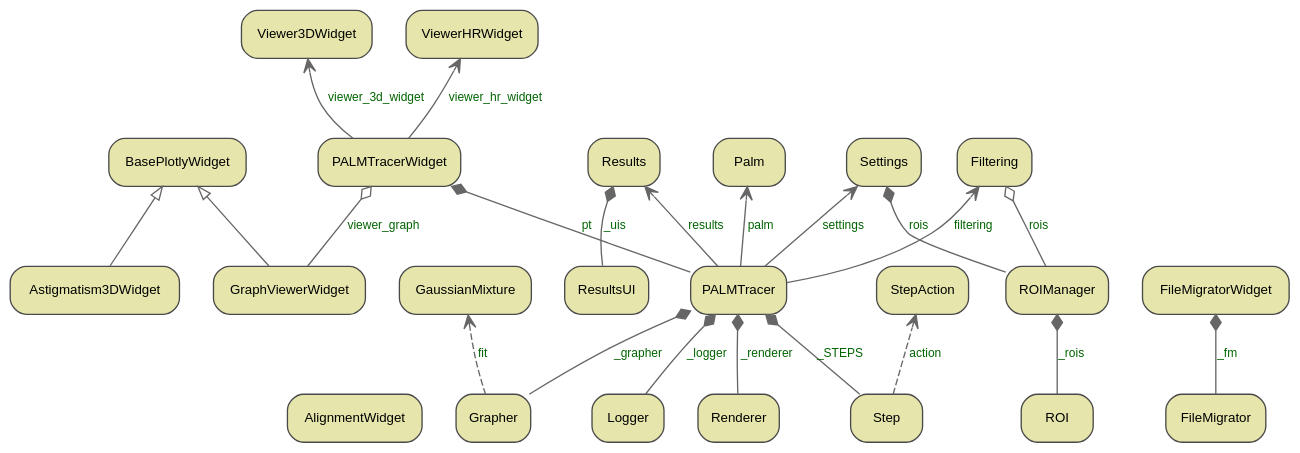
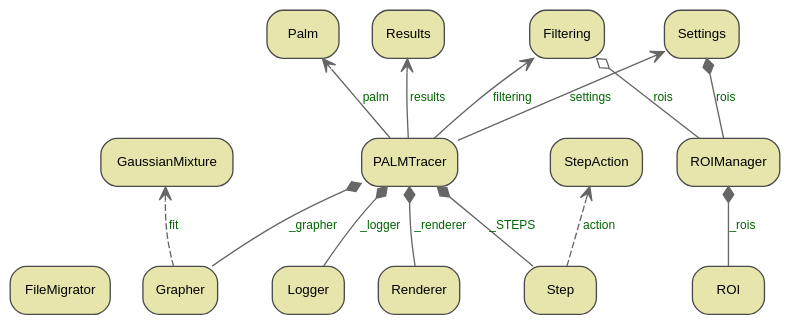
Before and after one commit to tmonseigne/palm-tracer: the diagram in docs/_static/graph/classes_palm_tracer.dot, drawn with Graphviz. The commit also changed 6 other files, not shown here.

Commit message:
:memo: Update Class Diagram

```diff
--- a/docs/_static/graph/classes_palm_tracer.dot
+++ b/docs/_static/graph/classes_palm_tracer.dot
@@ -1,51 +1,34 @@
 digraph "classes_palm_tracer" {
 graph [bgcolor="transparent", nodesep="0.35", pad="0.2", rankdir="BT", ranksep="0.7"];
 node [color="#4a4a4a", fillcolor="#e6e6ac", fontcolor="black", fontname="Helvetica", fontsize="10", shape="box", style="filled,rounded"];
 edge [color="#666666", fontcolor="#006400", fontname="Helvetica", fontsize="9"];
 
-"palm_tracer.UI.AlignmentWidget.AlignmentWidget" [label="AlignmentWidget"];
-"palm_tracer.UI.Astigmatism3DWidget.Astigmatism3DWidget" [label="Astigmatism3DWidget"];
-"palm_tracer.UI.BasePlotlyWidget.BasePlotlyWidget" [label="BasePlotlyWidget"];
 "palm_tracer.Tools.FileMigrator.FileMigrator" [label="FileMigrator"];
-"palm_tracer.UI.FileMigratorWidget.FileMigratorWidget" [label="FileMigratorWidget"];
 "palm_tracer.Processing.Filtering.Filtering" [label="Filtering"];
 "palm_tracer.Processing.GaussianMixture.GaussianMixture" [label="GaussianMixture"];
 "palm_tracer.Processing.Grapher.Grapher" [label="Grapher"];
-"palm_tracer.UI.GraphViewerWidget.GraphViewerWidget" [label="GraphViewerWidget"];
 "palm_tracer.Tools.Logger.Logger" [label="Logger"];
 "palm_tracer.Processing.Palm.Palm" [label="Palm"];
 "palm_tracer.PALMTracer.PALMTracer" [label="PALMTracer"];
-"palm_tracer.UI.PALMTracerWidget.PALMTracerWidget" [label="PALMTracerWidget"];
 "palm_tracer.Processing.Renderer.Renderer" [label="Renderer"];
 "palm_tracer.Results.Results" [label="Results"];
-"palm_tracer.UI.ResultsUI.ResultsUI" [label="ResultsUI"];
 "palm_tracer.Settings.ROI.ROI" [label="ROI"];
 "palm_tracer.Settings.ROIManager.ROIManager" [label="ROIManager"];
 "palm_tracer.Settings.Settings.Settings" [label="Settings"];
 "palm_tracer.Processing.Step.Step" [label="Step"];
 "palm_tracer.Processing.Step.StepAction" [label="StepAction"];
-"palm_tracer.UI.Viewer3DWidget.Viewer3DWidget" [label="Viewer3DWidget"];
-"palm_tracer.UI.ViewerHRWidget.ViewerHRWidget" [label="ViewerHRWidget"];
 
 "palm_tracer.PALMTracer.PALMTracer" -> "palm_tracer.Processing.Filtering.Filtering" [arrowhead="vee", arrowtail="none", fontcolor="#006400", label="filtering", minlen="1"];
 "palm_tracer.PALMTracer.PALMTracer" -> "palm_tracer.Processing.Palm.Palm" [arrowhead="vee", arrowtail="none", fontcolor="#006400", label="palm", minlen="1"];
 "palm_tracer.PALMTracer.PALMTracer" -> "palm_tracer.Results.Results" [arrowhead="vee", arrowtail="none", fontcolor="#006400", label="results", minlen="1"];
 "palm_tracer.PALMTracer.PALMTracer" -> "palm_tracer.Settings.Settings.Settings" [arrowhead="vee", arrowtail="none", fontcolor="#006400", label="settings", minlen="1"];
-"palm_tracer.PALMTracer.PALMTracer" -> "palm_tracer.UI.PALMTracerWidget.PALMTracerWidget" [arrowhead="diamond", arrowtail="none", fontcolor="#006400", label="pt", minlen="1"];
 "palm_tracer.Processing.Grapher.Grapher" -> "palm_tracer.PALMTracer.PALMTracer" [arrowhead="diamond", arrowtail="none", fontcolor="#006400", label="_grapher", minlen="1"];
 "palm_tracer.Processing.Grapher.Grapher" -> "palm_tracer.Processing.GaussianMixture.GaussianMixture" [arrowhead="vee", arrowtail="none", fontcolor="#006400", label="fit", style="dashed", minlen="1"];
 "palm_tracer.Processing.Renderer.Renderer" -> "palm_tracer.PALMTracer.PALMTracer" [arrowhead="diamond", arrowtail="none", fontcolor="#006400", label="_renderer", minlen="1"];
 "palm_tracer.Processing.Step.Step" -> "palm_tracer.PALMTracer.PALMTracer" [arrowhead="diamond", arrowtail="none", fontcolor="#006400", label="_STEPS", minlen="1"];
 "palm_tracer.Processing.Step.Step" -> "palm_tracer.Processing.Step.StepAction" [arrowhead="vee", arrowtail="none", fontcolor="#006400", label="action", style="dashed", minlen="1"];
 "palm_tracer.Settings.ROI.ROI" -> "palm_tracer.Settings.ROIManager.ROIManager" [arrowhead="diamond", arrowtail="none", fontcolor="#006400", label="_rois", minlen="1"];
 "palm_tracer.Settings.ROIManager.ROIManager" -> "palm_tracer.Processing.Filtering.Filtering" [arrowhead="odiamond", arrowtail="none", fontcolor="#006400", label="rois", minlen="1"];
 "palm_tracer.Settings.ROIManager.ROIManager" -> "palm_tracer.Settings.Settings.Settings" [arrowhead="diamond", arrowtail="none", fontcolor="#006400", label="rois", minlen="1"];
-"palm_tracer.Tools.FileMigrator.FileMigrator" -> "palm_tracer.UI.FileMigratorWidget.FileMigratorWidget" [arrowhead="diamond", arrowtail="none", fontcolor="#006400", label="_fm", minlen="1"];
 "palm_tracer.Tools.Logger.Logger" -> "palm_tracer.PALMTracer.PALMTracer" [arrowhead="diamond", arrowtail="none", fontcolor="#006400", label="_logger", minlen="1"];
-"palm_tracer.UI.Astigmatism3DWidget.Astigmatism3DWidget" -> "palm_tracer.UI.BasePlotlyWidget.BasePlotlyWidget" [arrowhead="empty", arrowtail="none", minlen="1"];
-"palm_tracer.UI.GraphViewerWidget.GraphViewerWidget" -> "palm_tracer.UI.BasePlotlyWidget.BasePlotlyWidget" [arrowhead="empty", arrowtail="none", minlen="1"];
-"palm_tracer.UI.GraphViewerWidget.GraphViewerWidget" -> "palm_tracer.UI.PALMTracerWidget.PALMTracerWidget" [arrowhead="odiamond", arrowtail="none", fontcolor="#006400", label="viewer_graph", minlen="1"];
-"palm_tracer.UI.PALMTracerWidget.PALMTracerWidget" -> "palm_tracer.UI.Viewer3DWidget.Viewer3DWidget" [arrowhead="vee", arrowtail="none", fontcolor="#006400", label="viewer_3d_widget", minlen="1"];
-"palm_tracer.UI.PALMTracerWidget.PALMTracerWidget" -> "palm_tracer.UI.ViewerHRWidget.ViewerHRWidget" [arrowhead="vee", arrowtail="none", fontcolor="#006400", label="viewer_hr_widget", minlen="1"];
-"palm_tracer.UI.ResultsUI.ResultsUI" -> "palm_tracer.Results.Results" [arrowhead="diamond", arrowtail="none", fontcolor="#006400", label="_uis", minlen="1"];
 }
```
